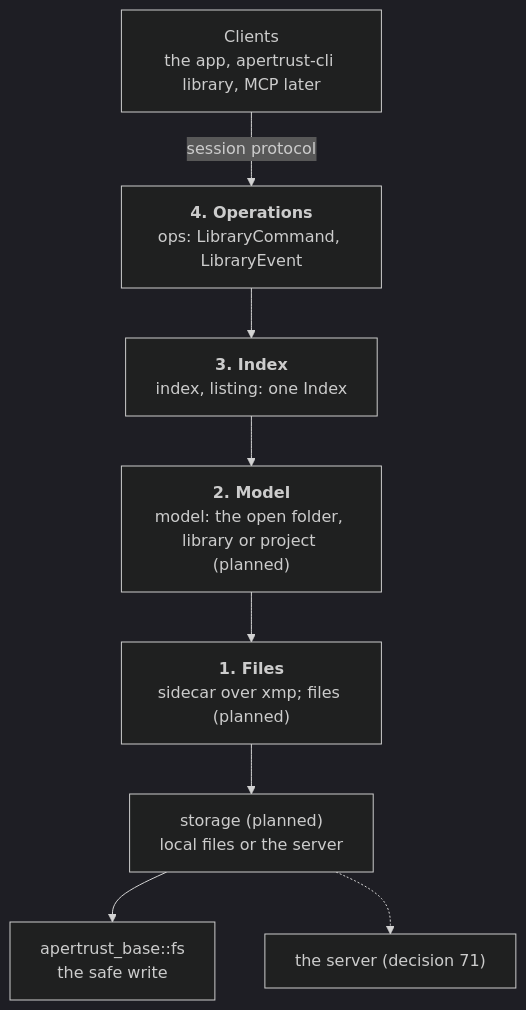
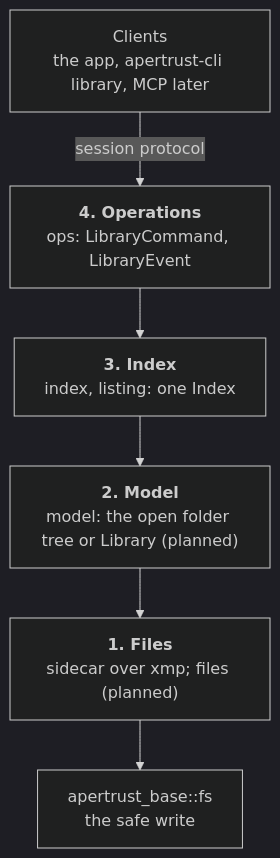
Before and after one commit to apertrust/apertrust: the third of 6 diagrams in docs/library.md, drawn with Mermaid (dark theme). The commit also changed other lines of this file and 31 other files, not shown here.

````diff
--- a/docs/library.md
+++ b/docs/library.md
@@ -250,14 +345,10 @@
 ```mermaid
 flowchart TB
     clients["Clients<br/>the app, apertrust-cli library, MCP later"]
     ops["<b>4. Operations</b><br/>ops: LibraryCommand, LibraryEvent"]
     index["<b>3. Index</b><br/>index, listing: one Index"]
-    model["<b>2. Model</b><br/>model: the open folder, library or project (planned)"]
+    model["<b>2. Model</b><br/>model: the open folder tree or Library (planned)"]
     files["<b>1. Files</b><br/>sidecar over xmp; files (planned)"]
-    storage["storage (planned)<br/>local files or the server"]
     fs["apertrust_base::fs<br/>the safe write"]
-    server["the server (decision 71)"]
-    clients -->|"session protocol"| ops --> index --> model --> files --> storage
-    storage --> fs
-    storage -.-> server
+    clients -->|"session protocol"| ops --> index --> model --> files --> fs
 ```
````
